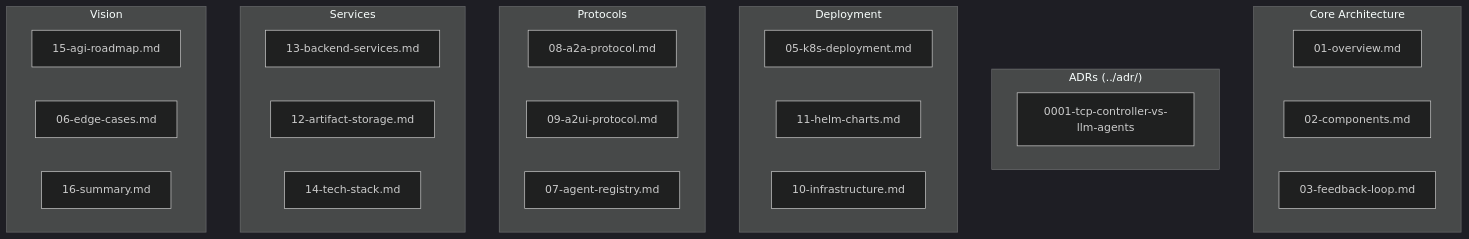
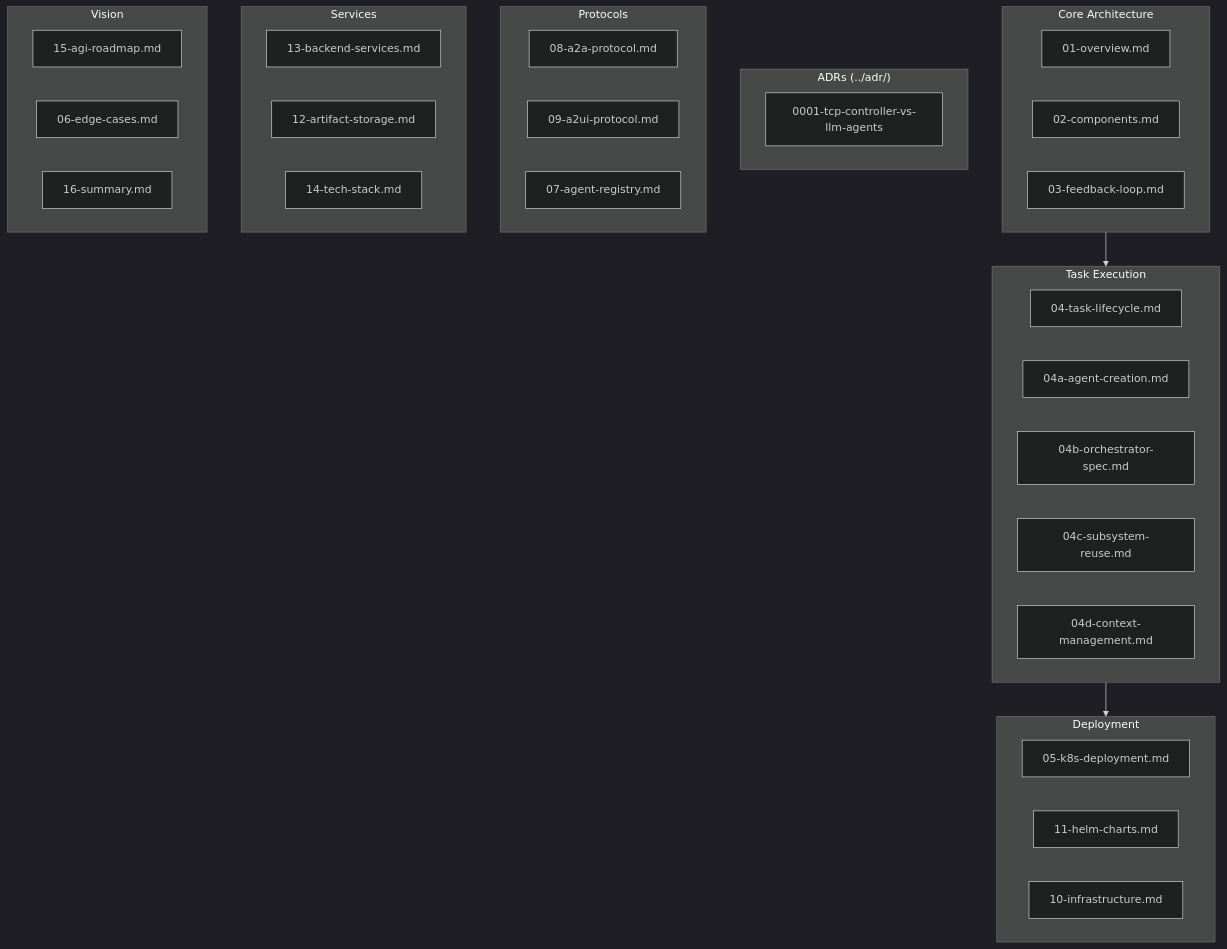
One commit to dshcherbatiuk/forgemaster changed the diagram in docs/arch/README.md. Above: the diagram before and after it, drawn with Mermaid (dark theme). The commit also changed other lines of this file and 6 other files, not shown here.

First line of the commit message:
feat: CSM-101 add comprehensive documentation for task execution

````diff
--- a/docs/arch/README.md
+++ b/docs/arch/README.md
@@ -9,36 +9,47 @@
 ```mermaid
 flowchart TB
     subgraph Core["Core Architecture"]
         OV[01-overview.md]
         COMP[02-components.md]
         FB[03-feedback-loop.md]
+    end
+
+    subgraph TaskExec["Task Execution"]
+        TL[04-task-lifecycle.md]
+        AC[04a-agent-creation.md]
+        OS[04b-orchestrator-spec.md]
+        SR[04c-subsystem-reuse.md]
+        CM[04d-context-management.md]
     end
 
     subgraph ADR["ADRs (../adr/)"]
         DD[0001-tcp-controller-vs-llm-agents]
     end
 
     subgraph Deployment["Deployment"]
         K8S[05-k8s-deployment.md]
         HELM[11-helm-charts.md]
         INFRA[10-infrastructure.md]
     end
 
     subgraph Protocols["Protocols"]
         A2A[08-a2a-protocol.md]
         A2UI[09-a2ui-protocol.md]
         REG[07-agent-registry.md]
     end
 
     subgraph Services["Services"]
         RUST[13-backend-services.md]
         STORE[12-artifact-storage.md]
         TECH[14-tech-stack.md]
     end
 
     subgraph Future["Vision"]
         AGI[15-agi-roadmap.md]
         EDGE[06-edge-cases.md]
         SUM[16-summary.md]
     end
+
+    Core --> TaskExec
+    TaskExec --> Deployment
 ```
````
